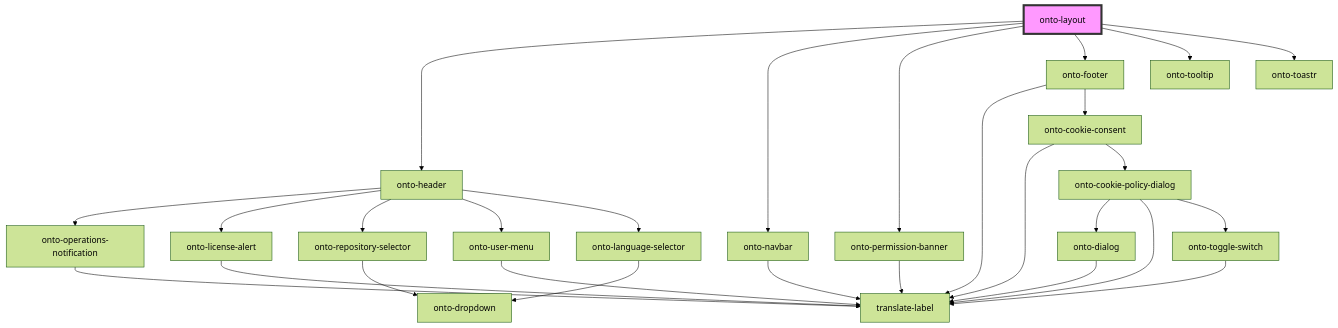
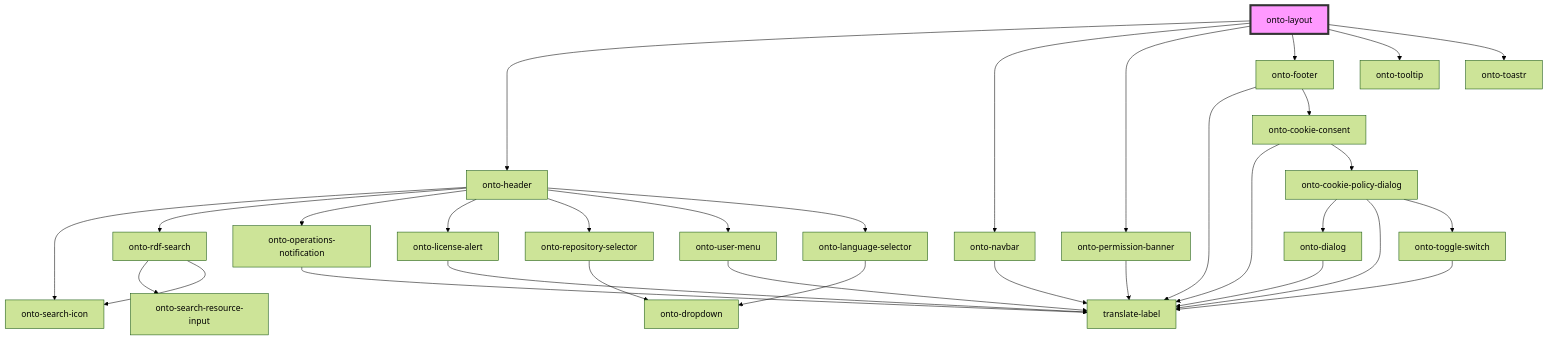
One commit to Ontotext-AD/graphdb-workbench changed the diagram in packages/shared-components/src/components/onto-layout/readme.md. Above: the diagram before and after it, drawn with Mermaid (forest theme). The commit also changed 46 other files, not shown here.

First line of the commit message:
GDB-11314 Implement rdf search view

````diff
--- a/packages/shared-components/src/components/onto-layout/readme.md
+++ b/packages/shared-components/src/components/onto-layout/readme.md
@@ -20,31 +20,35 @@
 ```mermaid
 graph TD;
   onto-layout --> onto-header
   onto-layout --> onto-navbar
   onto-layout --> onto-permission-banner
   onto-layout --> onto-footer
   onto-layout --> onto-tooltip
   onto-layout --> onto-toastr
+  onto-header --> onto-search-icon
+  onto-header --> onto-rdf-search
   onto-header --> onto-operations-notification
   onto-header --> onto-license-alert
   onto-header --> onto-repository-selector
   onto-header --> onto-user-menu
   onto-header --> onto-language-selector
+  onto-rdf-search --> onto-search-resource-input
+  onto-rdf-search --> onto-search-icon
   onto-operations-notification --> translate-label
   onto-license-alert --> translate-label
   onto-repository-selector --> onto-dropdown
   onto-user-menu --> translate-label
   onto-language-selector --> onto-dropdown
   onto-navbar --> translate-label
   onto-permission-banner --> translate-label
   onto-footer --> translate-label
   onto-footer --> onto-cookie-consent
   onto-cookie-consent --> translate-label
   onto-cookie-consent --> onto-cookie-policy-dialog
   onto-cookie-policy-dialog --> onto-dialog
   onto-cookie-policy-dialog --> translate-label
   onto-cookie-policy-dialog --> onto-toggle-switch
   onto-dialog --> translate-label
   onto-toggle-switch --> translate-label
   style onto-layout fill:#f9f,stroke:#333,stroke-width:4px
 ```
````
